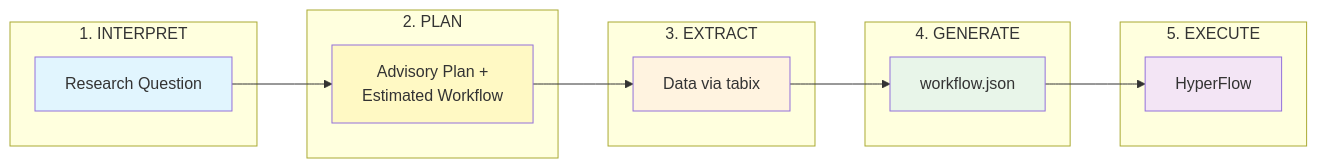
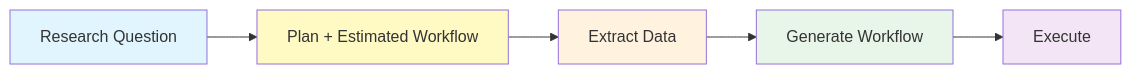
The diagram in workflow-composer/README.md (hyperflow-wms/1000genome-workflow), drawn with Mermaid before and after one commit. The commit also changed other lines of this file, not shown here.

````diff
--- a/workflow-composer/README.md
+++ b/workflow-composer/README.md
@@ -9,30 +19,13 @@
 ```mermaid
 flowchart LR
-    subgraph Step1["1. INTERPRET"]
-        A["Research Question"]
-    end
-
-    subgraph Step2["2. PLAN"]
-        B["Advisory Plan +<br/>Estimated Workflow"]
-    end
-
-    subgraph Step3["3. EXTRACT"]
-        C["Data via tabix"]
-    end
-
-    subgraph Step4["4. GENERATE"]
-        D["workflow.json"]
-    end
-
-    subgraph Step5["5. EXECUTE"]
-        E["HyperFlow"]
-    end
-
-    A --> B --> C --> D --> E
+    A["Research Question"] --> B["Plan + Estimated Workflow"]
+    B --> C["Extract Data"]
+    C --> D["Generate Workflow"]
+    D --> E["Execute"]
 
     style A fill:#e1f5fe
     style B fill:#fff9c4
     style C fill:#fff3e0
     style D fill:#e8f5e9
     style E fill:#f3e5f5
 ```
````
